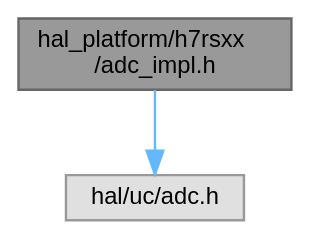
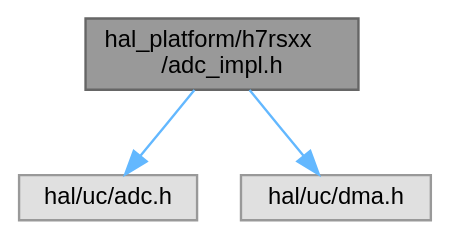
The diagram in h7rsxx_2adc__impl_8h__incl.dot (ebs-universe/piolib-hal-uc-stm32), drawn with Graphviz before and after one commit. The commit also changed 348 other files, not shown here.

```diff
--- a/h7rsxx_2adc__impl_8h__incl.dot
+++ b/h7rsxx_2adc__impl_8h__incl.dot
@@ -1,11 +1,13 @@
 digraph "hal_platform/h7rsxx/adc_impl.h"
 {
  // INTERACTIVE_SVG=YES
  // LATEX_PDF_SIZE
   bgcolor="transparent";
   edge [fontname=Helvetica,fontsize=10,labelfontname=Helvetica,labelfontsize=10];
   node [fontname=Helvetica,fontsize=10,shape=box,height=0.2,width=0.4];
   Node1 [id="Node000001",label="hal_platform/h7rsxx\l/adc_impl.h",height=0.2,width=0.4,color="gray40", fillcolor="grey60", style="filled", fontcolor="black",tooltip=" "];
   Node1 -> Node2 [id="edge1_Node000001_Node000002",color="steelblue1",style="solid",tooltip=" "];
   Node2 [id="Node000002",label="hal/uc/adc.h",height=0.2,width=0.4,color="grey60", fillcolor="#E0E0E0", style="filled",tooltip=" "];
+  Node1 -> Node3 [id="edge2_Node000001_Node000003",color="steelblue1",style="solid",tooltip=" "];
+  Node3 [id="Node000003",label="hal/uc/dma.h",height=0.2,width=0.4,color="grey60", fillcolor="#E0E0E0", style="filled",tooltip=" "];
 }
```
